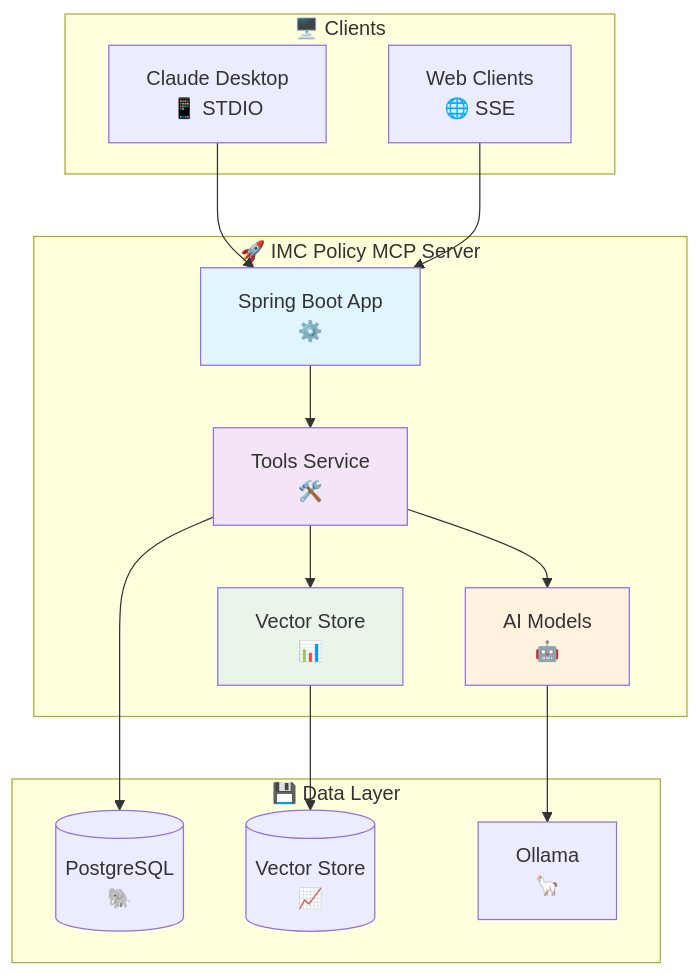
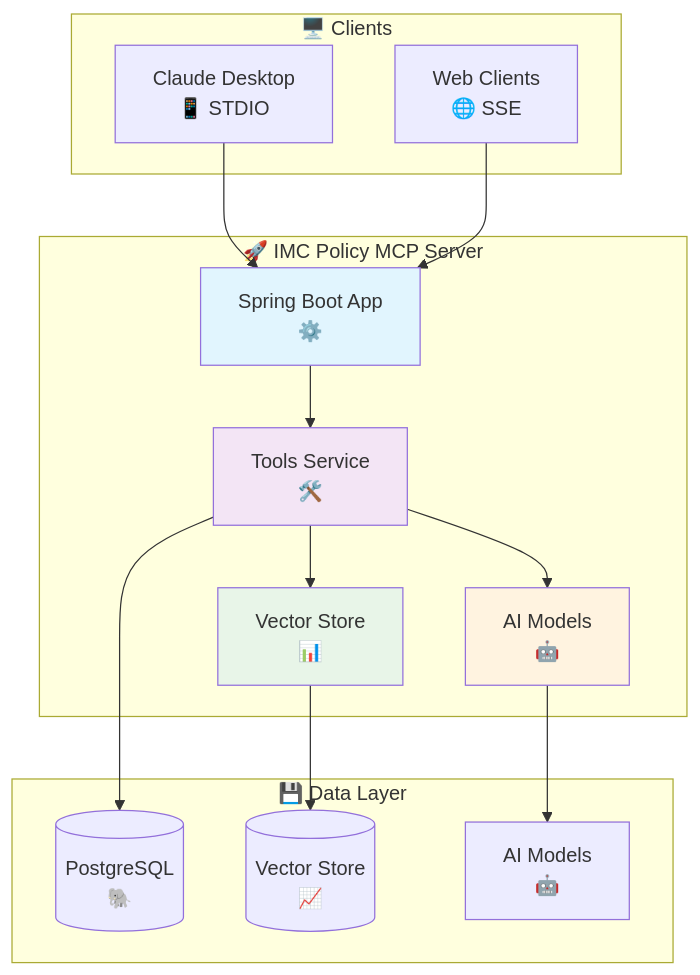
One commit to dbbaskette/imc-policy-mcp-server changed the diagram in README.md. Above: the diagram before and after it, drawn with Mermaid. The commit also changed other lines of this file, not shown here.

First line of the commit message:
📚 Update README for Atomic Model Profile Architecture

````diff
--- a/README.md
+++ b/README.md
@@ -65,34 +66,34 @@
 ```mermaid
 graph TB
     subgraph "🖥️ Clients"
         A[Claude Desktop<br/>📱 STDIO]
         B[Web Clients<br/>🌐 SSE]
     end
     
     subgraph "🚀 IMC Policy MCP Server"
         C[Spring Boot App<br/>⚙️]
         D[Tools Service<br/>🛠️]
         E[Vector Store<br/>📊]
         F[AI Models<br/>🤖]
     end
     
     subgraph "💾 Data Layer"
         G[(PostgreSQL<br/>🐘)]
         H[(Vector Store<br/>📈)]
-        I[Ollama<br/>🦙]
+        I[AI Models<br/>🤖]
     end
     
     A --> C
     B --> C
     C --> D
     D --> E
     D --> F
     E --> H
     F --> I
     D --> G
     
     style C fill:#e1f5fe
     style D fill:#f3e5f5
     style E fill:#e8f5e8
     style F fill:#fff3e0
 ```
````
